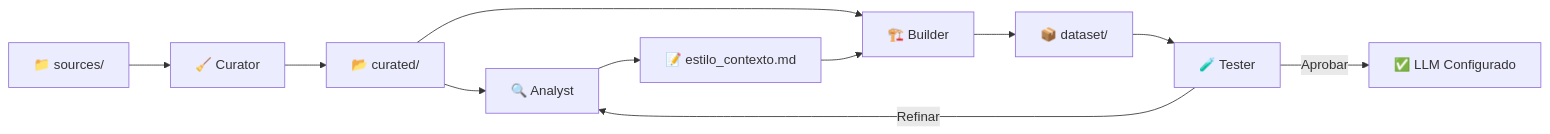
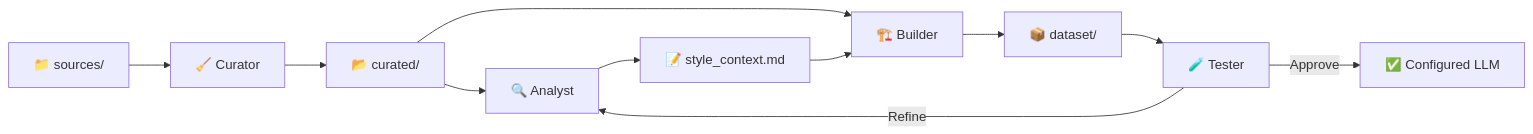
The diagram in agents.md (luisgarciadiaz/VoxMea), drawn with Mermaid before and after one commit. The commit also changed other lines of this file and 3 other files, not shown here.

````diff
--- a/agents.md
+++ b/agents.md
@@ -100,13 +100,13 @@
 ```mermaid
 graph LR
     A[📁 sources/] --> B[🧹 Curator]
     B --> C[📂 curated/]
     C --> D[🔍 Analyst]
-    D --> E[📝 estilo_contexto.md]
+    D --> E[📝 style_context.md]
     C --> F[🏗️ Builder]
     E --> F
     F --> G[📦 dataset/]
     G --> H[🧪 Tester]
-    H -->|Refinar| D
-    H -->|Aprobar| I[✅ LLM Configurado]
+    H -->|Refine| D
+    H -->|Approve| I[✅ Configured LLM]
 ```
````
